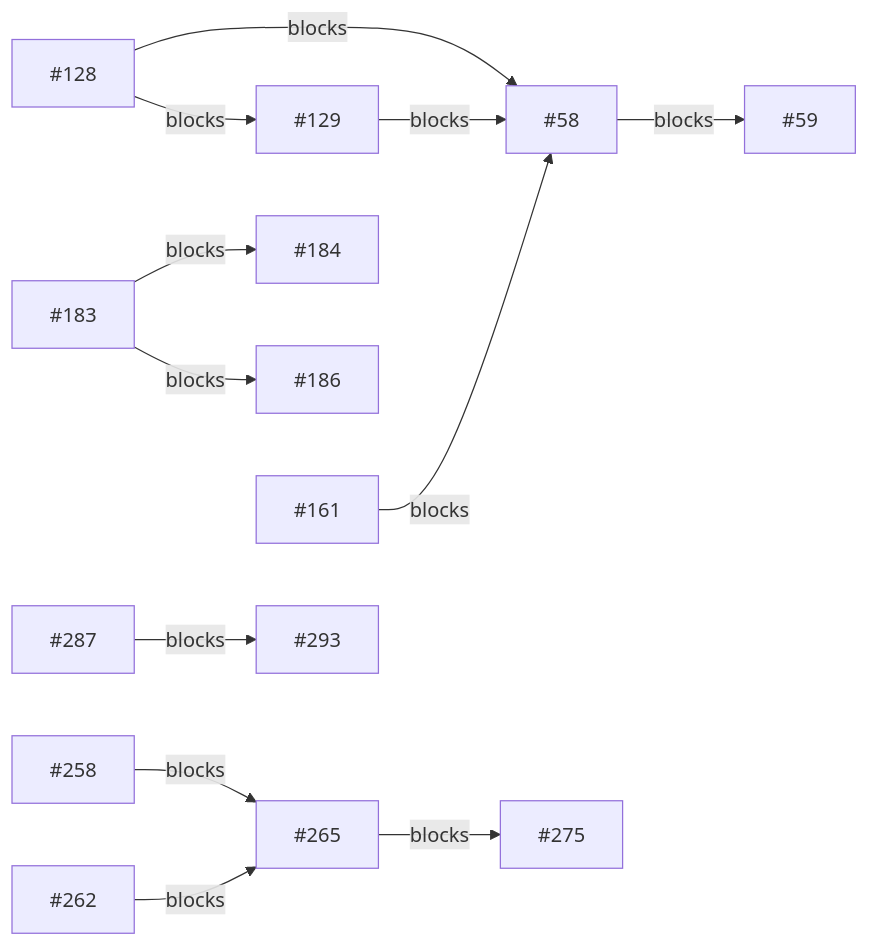
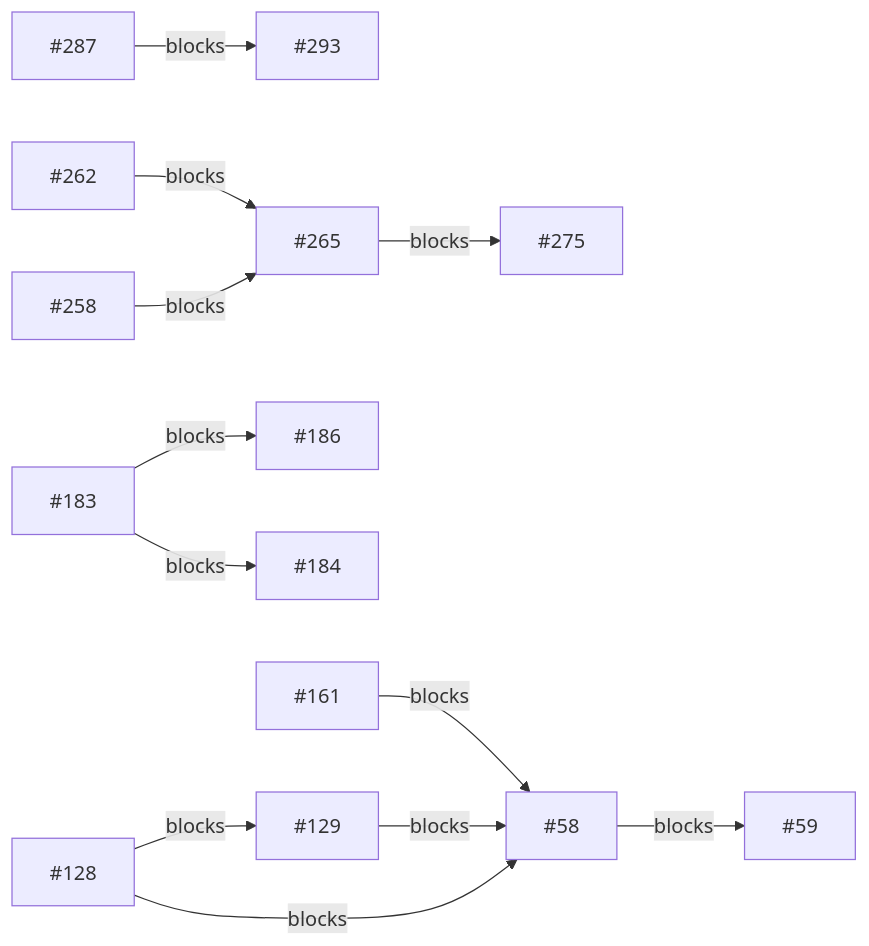
The diagram in docs/triage/2026-07-30-backlog.md (hyzr-dev/slusk), drawn with Mermaid before and after one commit. The commit also changed other lines of this file, not shown here.

````diff
--- a/docs/triage/2026-07-30-backlog.md
+++ b/docs/triage/2026-07-30-backlog.md
@@ -47,14 +47,14 @@
 ```mermaid
 graph LR
+  I287["#287"] -->|blocks| I293["#293"]
+  I265["#265"] -->|blocks| I275["#275"]
+  I262["#262"] -->|blocks| I265["#265"]
+  I258["#258"] -->|blocks| I265["#265"]
+  I183["#183"] -->|blocks| I186["#186"]
+  I183["#183"] -->|blocks| I184["#184"]
+  I128["#128"] -->|blocks| I129["#129"]
   I58["#58"] -->|blocks| I59["#59"]
+  I161["#161"] -->|blocks| I58["#58"]
+  I129["#129"] -->|blocks| I58["#58"]
   I128["#128"] -->|blocks| I58["#58"]
-  I128["#128"] -->|blocks| I129["#129"]
-  I129["#129"] -->|blocks| I58["#58"]
-  I161["#161"] -->|blocks| I58["#58"]
-  I183["#183"] -->|blocks| I184["#184"]
-  I183["#183"] -->|blocks| I186["#186"]
-  I258["#258"] -->|blocks| I265["#265"]
-  I262["#262"] -->|blocks| I265["#265"]
-  I265["#265"] -->|blocks| I275["#275"]
-  I287["#287"] -->|blocks| I293["#293"]
 ```
````
